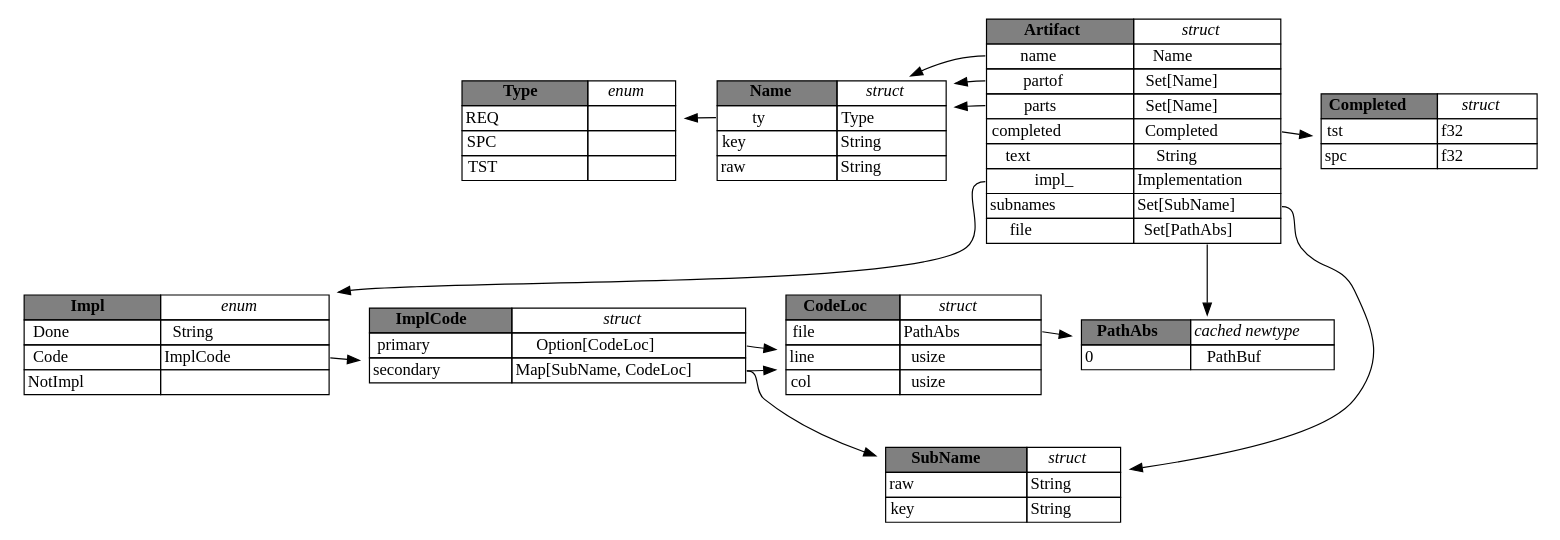
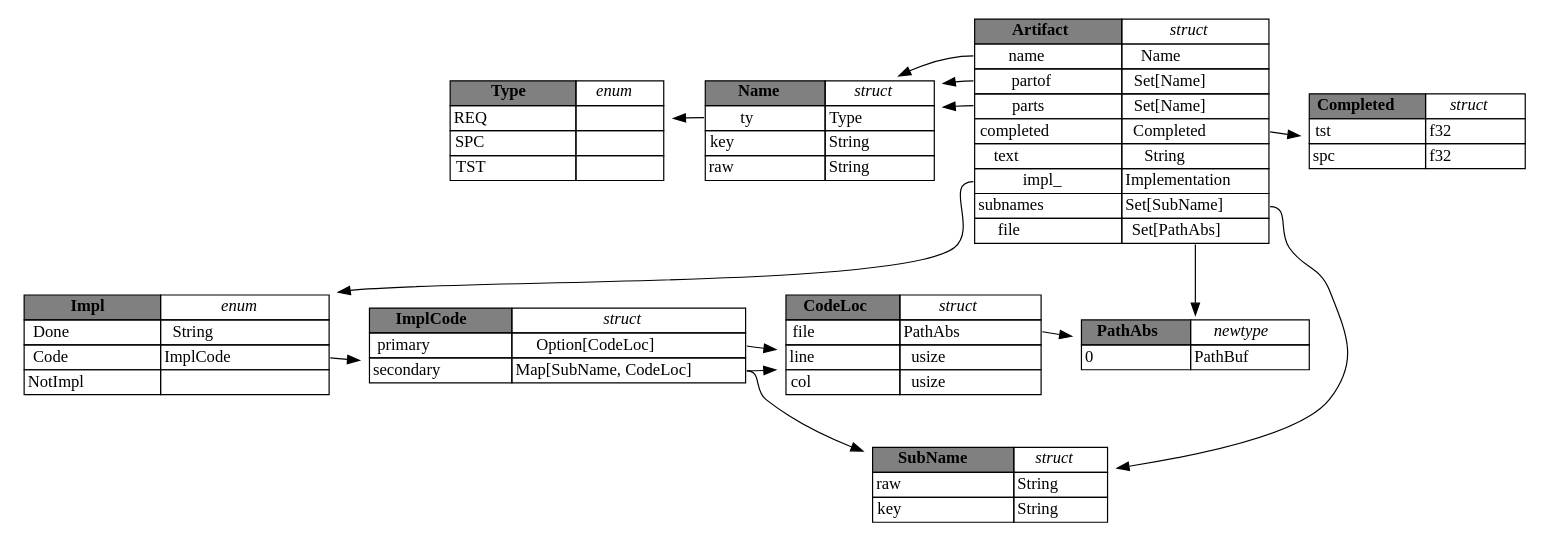
The diagram in artifact-data/design/structs.md (vitiral/artifact), drawn with Graphviz before and after one commit. The commit also changed 22 other files, not shown here.

```diff
--- a/artifact-data/design/structs.md
+++ b/artifact-data/design/structs.md
@@ -78,7 +78,7 @@
 
     PathAbs [label=<
 <TABLE ALIGN="left" BORDER="0" CELLBORDER="1" CELLSPACING="0">
-  <TR><TD PORT="self" BGCOLOR="gray"><b>PathAbs</b></TD><TD><i>cached newtype</i></TD></TR>
+  <TR><TD PORT="self" BGCOLOR="gray"><b>PathAbs</b></TD><TD><i>newtype</i></TD></TR>
   <TR><TD>0                 </TD><TD PORT="path">PathBuf        </TD></TR>
 </TABLE>>];
 
```
